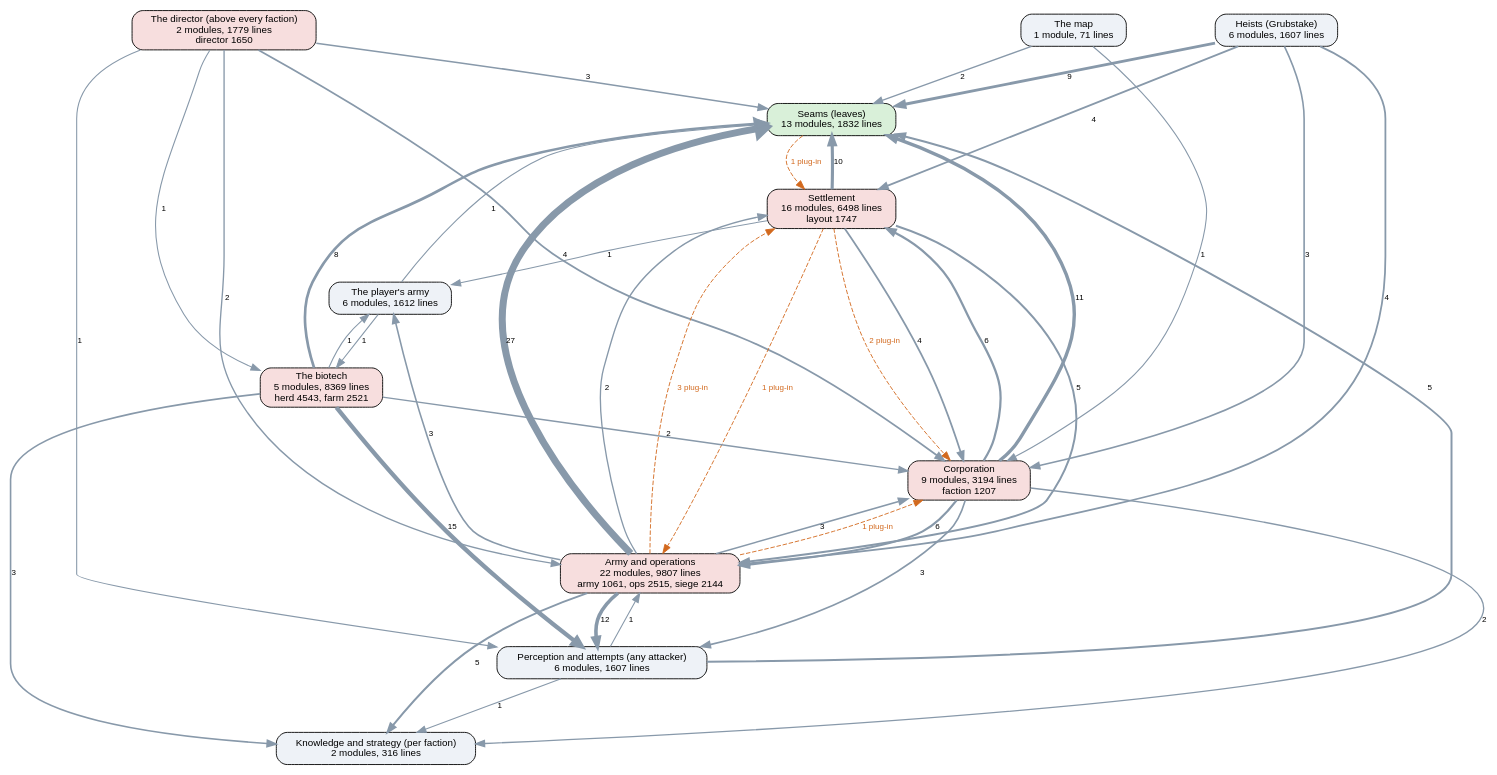
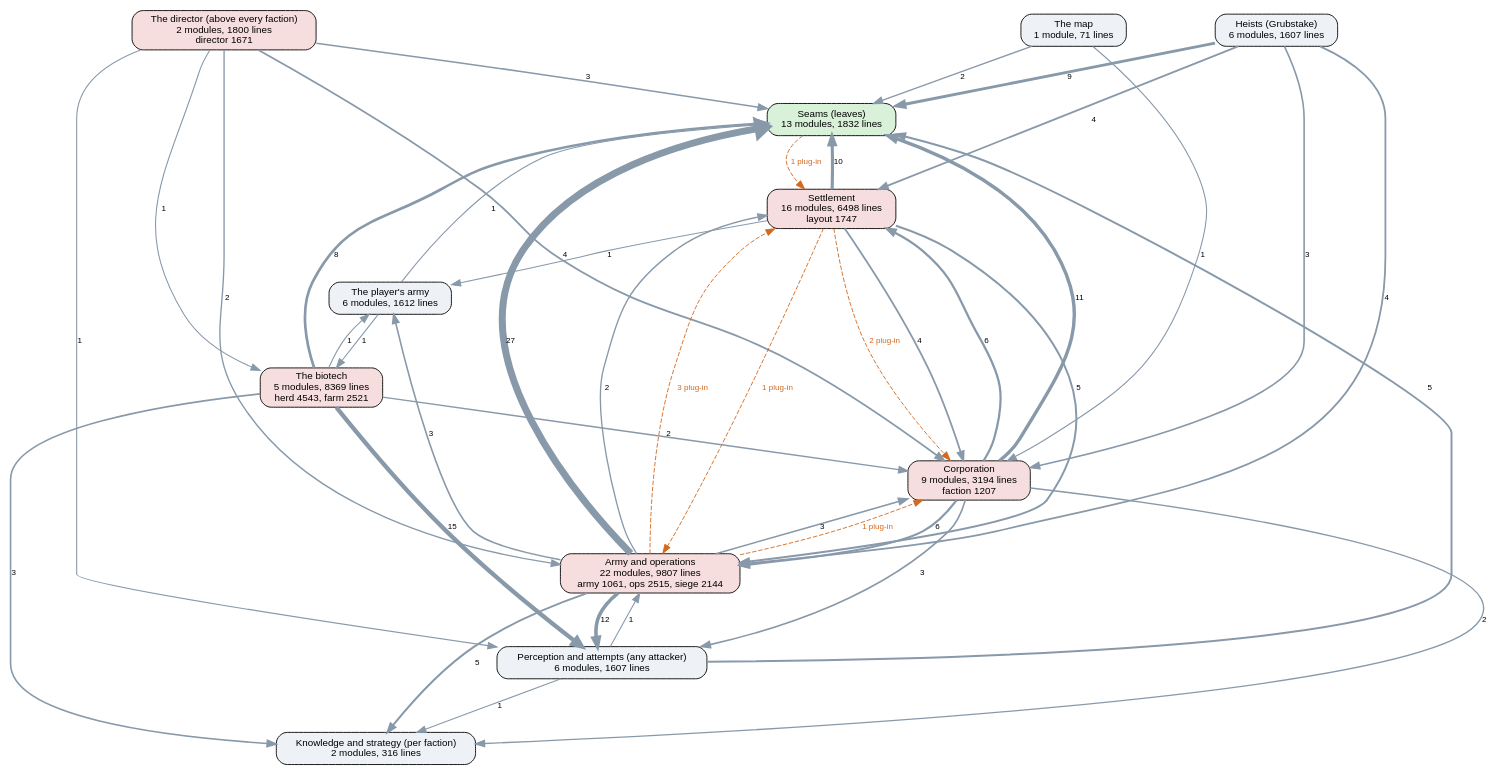
One commit to kinelhu/landing-party changed the diagram in docs/ai-layers.dot. Above: the diagram before and after it, drawn with Graphviz. The commit also changed 9 other files, not shown here.

```diff
--- a/docs/ai-layers.dot
+++ b/docs/ai-layers.dot
@@ -1,57 +1,57 @@
 digraph layers {
   graph [rankdir=TB, fontname="Helvetica", nodesep=0.5, ranksep=0.7];
   node [shape=box, style="rounded,filled", fontname="Helvetica", fontsize=11, fillcolor="#eef2f7"];
   edge [color="#8899aa", fontname="Helvetica", fontsize=9];
   "Seams (leaves)" [label="Seams (leaves)\n13 modules, 1832 lines", fillcolor="#d9f0d9"];
   "Perception and attempts (any attacker)" [label="Perception and attempts (any attacker)\n6 modules, 1607 lines", fillcolor="#eef2f7"];
   "Knowledge and strategy (per faction)" [label="Knowledge and strategy (per faction)\n2 modules, 316 lines", fillcolor="#eef2f7"];
-  "The director (above every faction)" [label="The director (above every faction)\n2 modules, 1779 lines\ndirector 1650", fillcolor="#f7dede"];
+  "The director (above every faction)" [label="The director (above every faction)\n2 modules, 1800 lines\ndirector 1671", fillcolor="#f7dede"];
   "Corporation" [label="Corporation\n9 modules, 3194 lines\nfaction 1207", fillcolor="#f7dede"];
   "Settlement" [label="Settlement\n16 modules, 6498 lines\nlayout 1747", fillcolor="#f7dede"];
   "Army and operations" [label="Army and operations\n22 modules, 9807 lines\narmy 1061, ops 2515, siege 2144", fillcolor="#f7dede"];
   "Heists (Grubstake)" [label="Heists (Grubstake)\n6 modules, 1607 lines", fillcolor="#eef2f7"];
   "The biotech" [label="The biotech\n5 modules, 8369 lines\nherd 4543, farm 2521", fillcolor="#f7dede"];
   "The map" [label="The map\n1 module, 71 lines", fillcolor="#eef2f7"];
   "The player's army" [label="The player's army\n6 modules, 1612 lines", fillcolor="#eef2f7"];
   "Army and operations" -> "Corporation" [label="3", penwidth=1.8];
   "Army and operations" -> "Knowledge and strategy (per faction)" [label="5", penwidth=2.2];
   "Army and operations" -> "Perception and attempts (any attacker)" [label="12", penwidth=4.0];
   "Army and operations" -> "Seams (leaves)" [label="27", penwidth=7.8];
   "Army and operations" -> "Settlement" [label="2", penwidth=1.5];
   "Army and operations" -> "The player's army" [label="3", penwidth=1.8];
   "Corporation" -> "Army and operations" [label="6", penwidth=2.5];
   "Corporation" -> "Knowledge and strategy (per faction)" [label="2", penwidth=1.5];
   "Corporation" -> "Perception and attempts (any attacker)" [label="3", penwidth=1.8];
   "Corporation" -> "Seams (leaves)" [label="11", penwidth=3.8];
   "Corporation" -> "Settlement" [label="6", penwidth=2.5];
   "Heists (Grubstake)" -> "Army and operations" [label="4", penwidth=2.0];
   "Heists (Grubstake)" -> "Corporation" [label="3", penwidth=1.8];
   "Heists (Grubstake)" -> "Seams (leaves)" [label="9", penwidth=3.2];
   "Heists (Grubstake)" -> "Settlement" [label="4", penwidth=2.0];
   "Perception and attempts (any attacker)" -> "Army and operations" [label="1", penwidth=1.2];
   "Perception and attempts (any attacker)" -> "Knowledge and strategy (per faction)" [label="1", penwidth=1.2];
   "Perception and attempts (any attacker)" -> "Seams (leaves)" [label="5", penwidth=2.2];
   "Settlement" -> "Army and operations" [label="5", penwidth=2.2];
   "Settlement" -> "Corporation" [label="4", penwidth=2.0];
   "Settlement" -> "Seams (leaves)" [label="10", penwidth=3.5];
   "Settlement" -> "The player's army" [label="1", penwidth=1.2];
   "The biotech" -> "Corporation" [label="2", penwidth=1.5];
   "The biotech" -> "Knowledge and strategy (per faction)" [label="3", penwidth=1.8];
   "The biotech" -> "Perception and attempts (any attacker)" [label="15", penwidth=4.8];
   "The biotech" -> "Seams (leaves)" [label="8", penwidth=3.0];
   "The biotech" -> "The player's army" [label="1", penwidth=1.2];
   "The director (above every faction)" -> "Army and operations" [label="2", penwidth=1.5];
   "The director (above every faction)" -> "Corporation" [label="4", penwidth=2.0];
   "The director (above every faction)" -> "Perception and attempts (any attacker)" [label="1", penwidth=1.2];
   "The director (above every faction)" -> "Seams (leaves)" [label="3", penwidth=1.8];
   "The director (above every faction)" -> "The biotech" [label="1", penwidth=1.2];
   "The map" -> "Corporation" [label="1", penwidth=1.2];
   "The map" -> "Seams (leaves)" [label="2", penwidth=1.5];
   "The player's army" -> "Seams (leaves)" [label="1", penwidth=1.2];
   "The player's army" -> "The biotech" [label="1", penwidth=1.2];
   "Army and operations" -> "Corporation" [style=dashed, color="#d2691e", fontcolor="#d2691e", label="1 plug-in"];
   "Army and operations" -> "Settlement" [style=dashed, color="#d2691e", fontcolor="#d2691e", label="3 plug-in"];
   "Seams (leaves)" -> "Settlement" [style=dashed, color="#d2691e", fontcolor="#d2691e", label="1 plug-in"];
   "Settlement" -> "Army and operations" [style=dashed, color="#d2691e", fontcolor="#d2691e", label="1 plug-in"];
   "Settlement" -> "Corporation" [style=dashed, color="#d2691e", fontcolor="#d2691e", label="2 plug-in"];
 }
```
